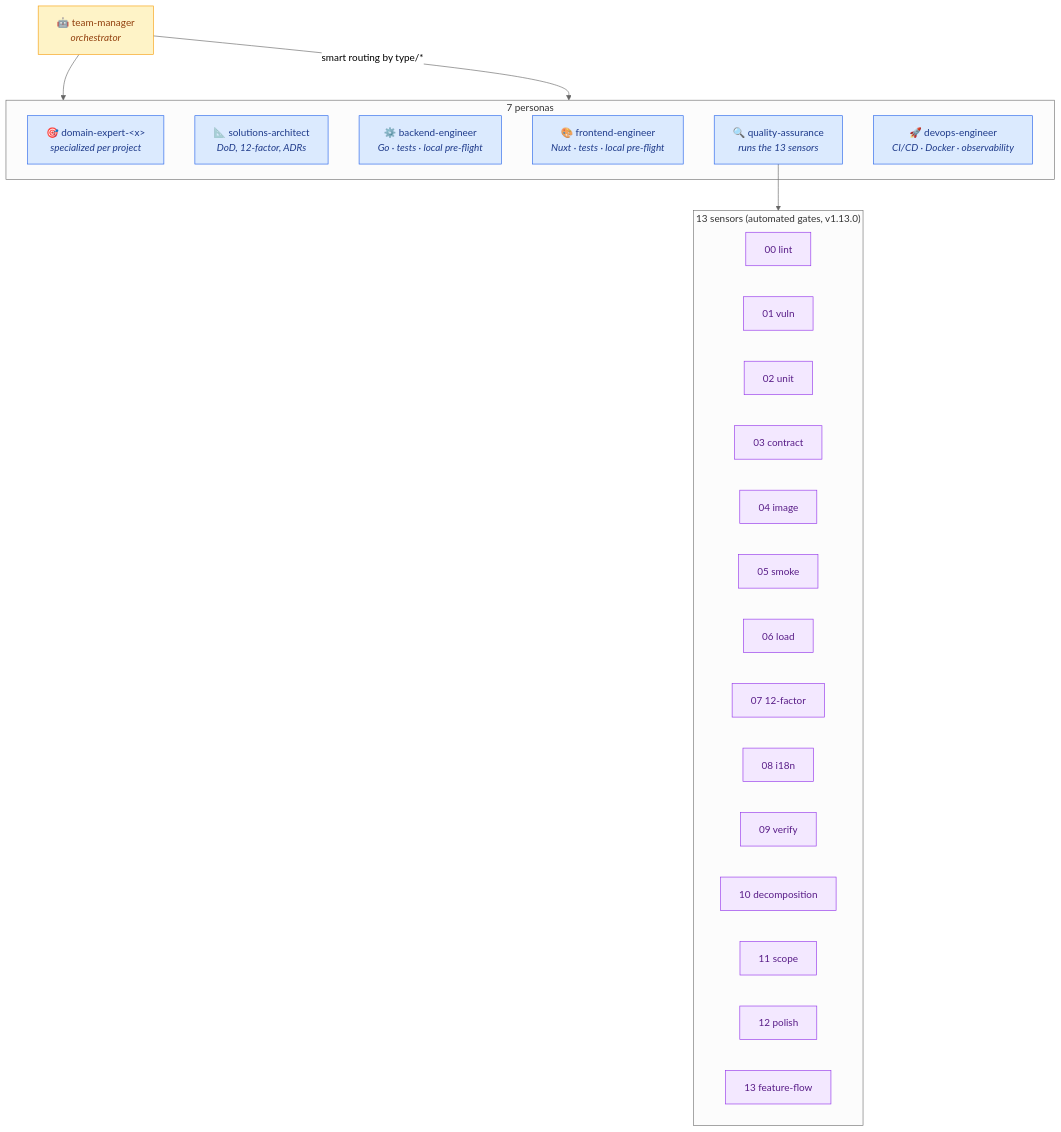
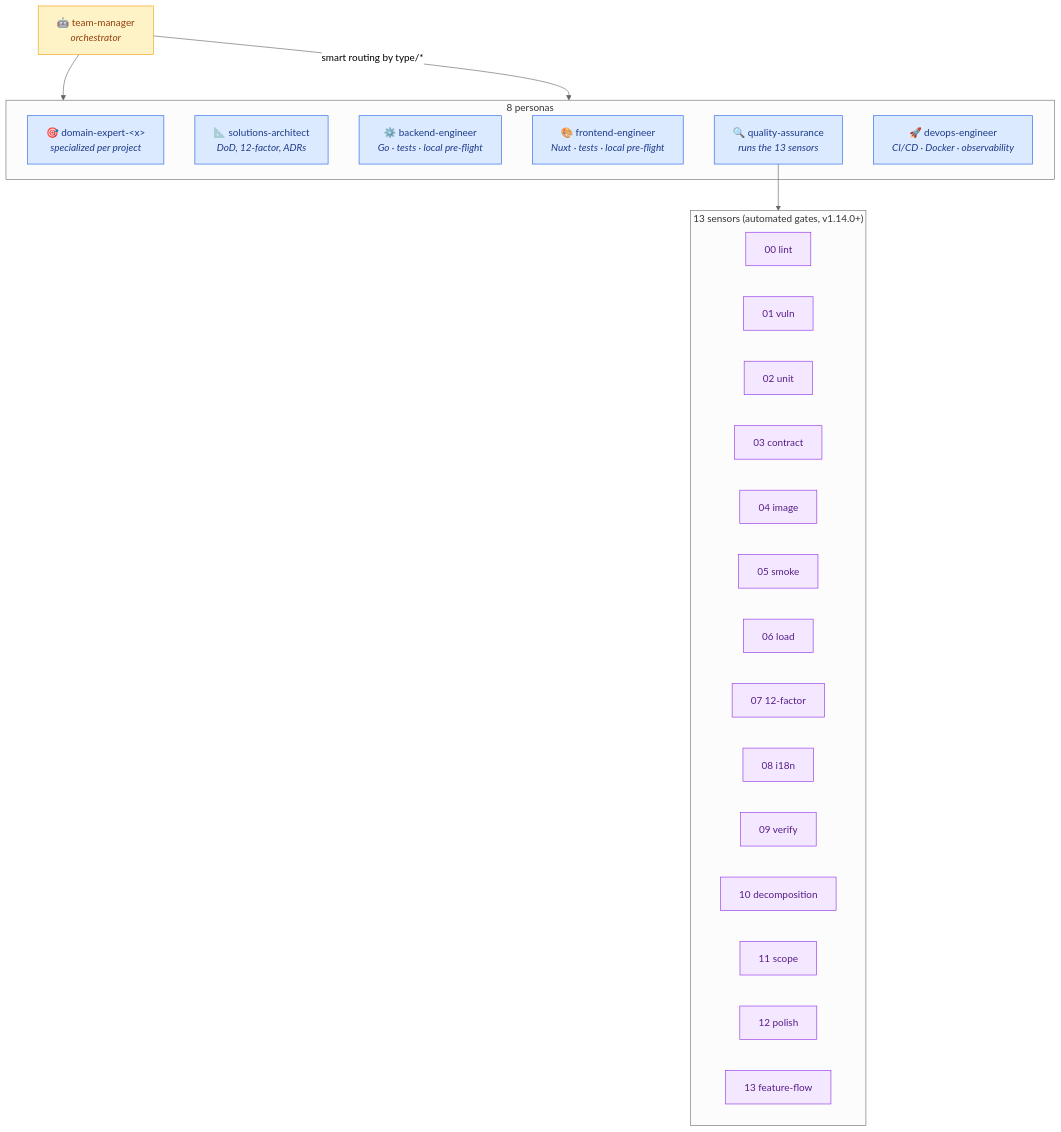
The fourth of 6 diagrams in README.md (brenonaraujo/git-meta-harness), drawn with Mermaid (neutral theme) before and after one commit. The commit also changed other lines of this file and 19 other files, not shown here.

````diff
--- a/README.md
+++ b/README.md
@@ -341,41 +341,41 @@
 ```mermaid
 flowchart TB
     TM["🤖 team-manager<br/><i>orchestrator</i>"]
 
-    subgraph PERSONAS["7 personas"]
+    subgraph PERSONAS["8 personas"]
         DE["🎯 domain-expert-&lt;x&gt;<br/><i>specialized per project</i>"]
         SA["📐 solutions-architect<br/><i>DoD, 12-factor, ADRs</i>"]
         BE["⚙️ backend-engineer<br/><i>Go · tests · local pre-flight</i>"]
         FE["🎨 frontend-engineer<br/><i>Nuxt · tests · local pre-flight</i>"]
         QA["🔍 quality-assurance<br/><i>runs the 13 sensors</i>"]
         DO["🚀 devops-engineer<br/><i>CI/CD · Docker · observability</i>"]
     end
 
-    subgraph SENSORS["13 sensors (automated gates, v1.13.0)"]
+    subgraph SENSORS["13 sensors (automated gates, v1.14.0+)"]
         S1["00 lint"]
         S2["01 vuln"]
         S3["02 unit"]
         S4["03 contract"]
         S5["04 image"]
         S6["05 smoke"]
         S7["06 load"]
         S8["07 12-factor"]
         S9["08 i18n"]
         S10["09 verify"]
         S11["10 decomposition"]
         S12["11 scope"]
         S13["12 polish"]
         S14["13 feature-flow"]
     end
 
     TM --> PERSONAS
     QA --> SENSORS
     TM -->|"smart routing by type/*"| PERSONAS
 
     classDef orchestrator fill:#fef3c7,stroke:#f59e0b,color:#92400e
     classDef persona fill:#dbeafe,stroke:#2563eb,color:#1e3a8a
     classDef sensor fill:#f3e8ff,stroke:#9333ea,color:#581c87
     class TM orchestrator
     class DE,SA,BE,FE,QA,DO persona
     class S1,S2,S3,S4,S5,S6,S7,S8,S9,S10,S11,S12,S13,S14 sensor
 ```
````
